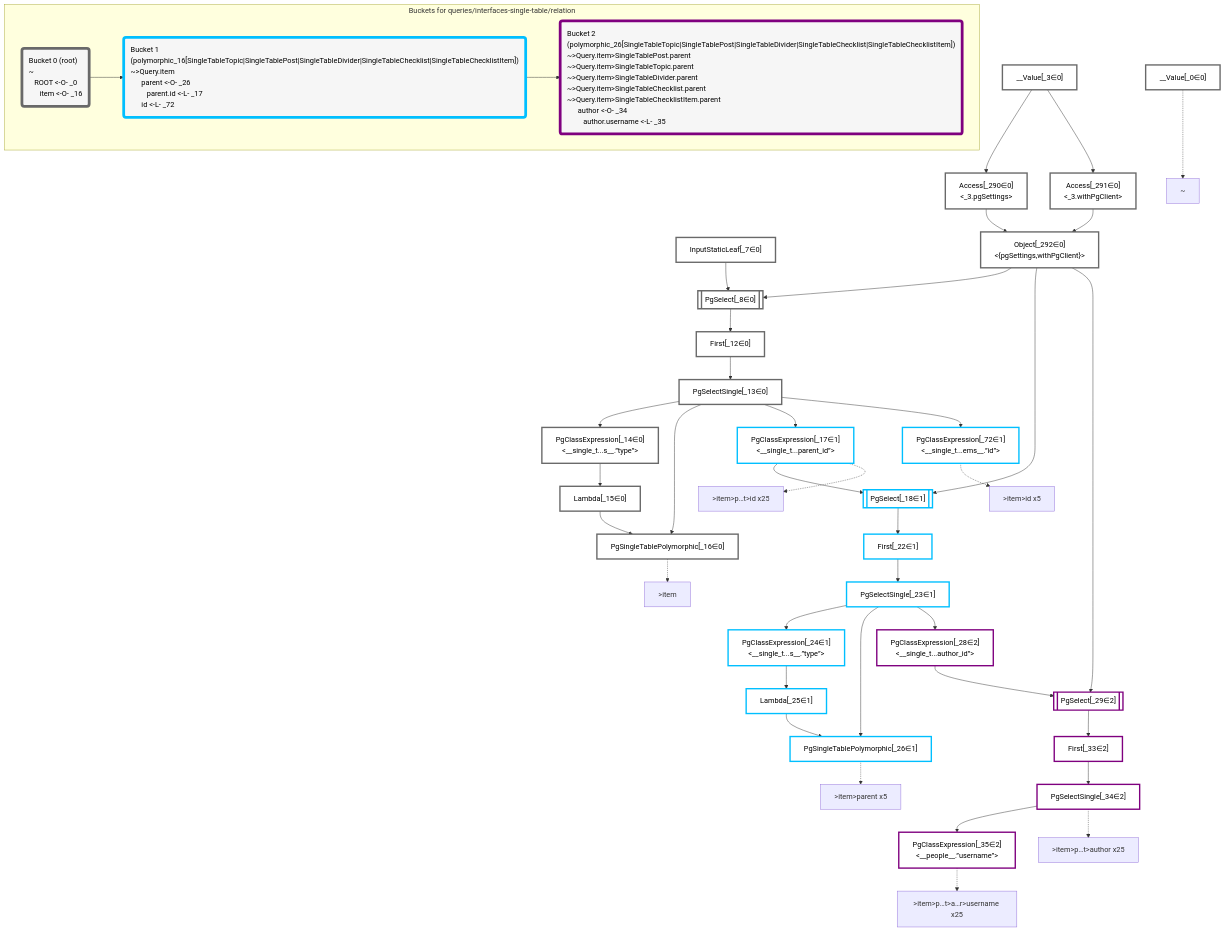
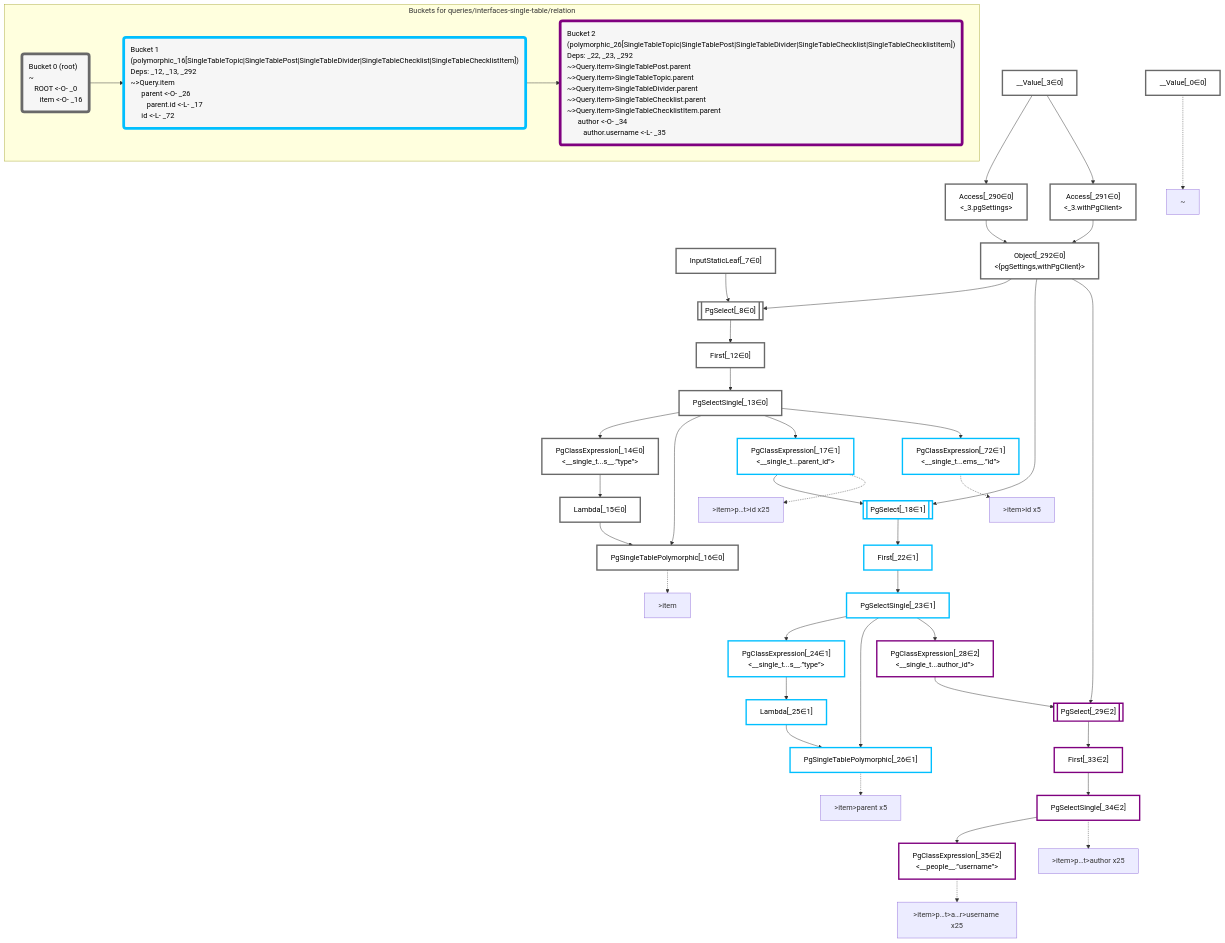
Before and after one commit to graphile/crystal: the diagram in packages/dataplan-pg/__tests__/queries/interfaces-single-table/relation.deopt.mermaid.md, drawn with Mermaid. The commit also changed 157 other files, not shown here.

Commit message:
Add deps to all query snapshots

```diff
--- a/packages/dataplan-pg/__tests__/queries/interfaces-single-table/relation.deopt.mermaid.md
+++ b/packages/dataplan-pg/__tests__/queries/interfaces-single-table/relation.deopt.mermaid.md
@@ -91,10 +91,10 @@
     subgraph "Buckets for queries/interfaces-single-table/relation"
     Bucket0("Bucket 0 (root)<br />~<br />⠀ROOT <-O- _0<br />⠀⠀item <-O- _16"):::bucket
     style Bucket0 stroke:#696969
-    Bucket1("Bucket 1 (polymorphic_16[SingleTableTopic|SingleTablePost|SingleTableDivider|SingleTableChecklist|SingleTableChecklistItem])<br />~>Query.item<br />⠀⠀parent <-O- _26<br />⠀⠀⠀parent.id <-L- _17<br />⠀⠀id <-L- _72"):::bucket
+    Bucket1("Bucket 1 (polymorphic_16[SingleTableTopic|SingleTablePost|SingleTableDivider|SingleTableChecklist|SingleTableChecklistItem])<br />Deps: _12, _13, _292<br />~>Query.item<br />⠀⠀parent <-O- _26<br />⠀⠀⠀parent.id <-L- _17<br />⠀⠀id <-L- _72"):::bucket
     style Bucket1 stroke:#00bfff
     Bucket0 --> Bucket1
-    Bucket2("Bucket 2 (polymorphic_26[SingleTableTopic|SingleTablePost|SingleTableDivider|SingleTableChecklist|SingleTableChecklistItem])<br />~>Query.item>SingleTablePost.parent<br />~>Query.item>SingleTableTopic.parent<br />~>Query.item>SingleTableDivider.parent<br />~>Query.item>SingleTableChecklist.parent<br />~>Query.item>SingleTableChecklistItem.parent<br />⠀⠀author <-O- _34<br />⠀⠀⠀author.username <-L- _35"):::bucket
+    Bucket2("Bucket 2 (polymorphic_26[SingleTableTopic|SingleTablePost|SingleTableDivider|SingleTableChecklist|SingleTableChecklistItem])<br />Deps: _22, _23, _292<br />~>Query.item>SingleTablePost.parent<br />~>Query.item>SingleTableTopic.parent<br />~>Query.item>SingleTableDivider.parent<br />~>Query.item>SingleTableChecklist.parent<br />~>Query.item>SingleTableChecklistItem.parent<br />⠀⠀author <-O- _34<br />⠀⠀⠀author.username <-L- _35"):::bucket
     style Bucket2 stroke:#7f007f
     Bucket1 --> Bucket2
     end
```
